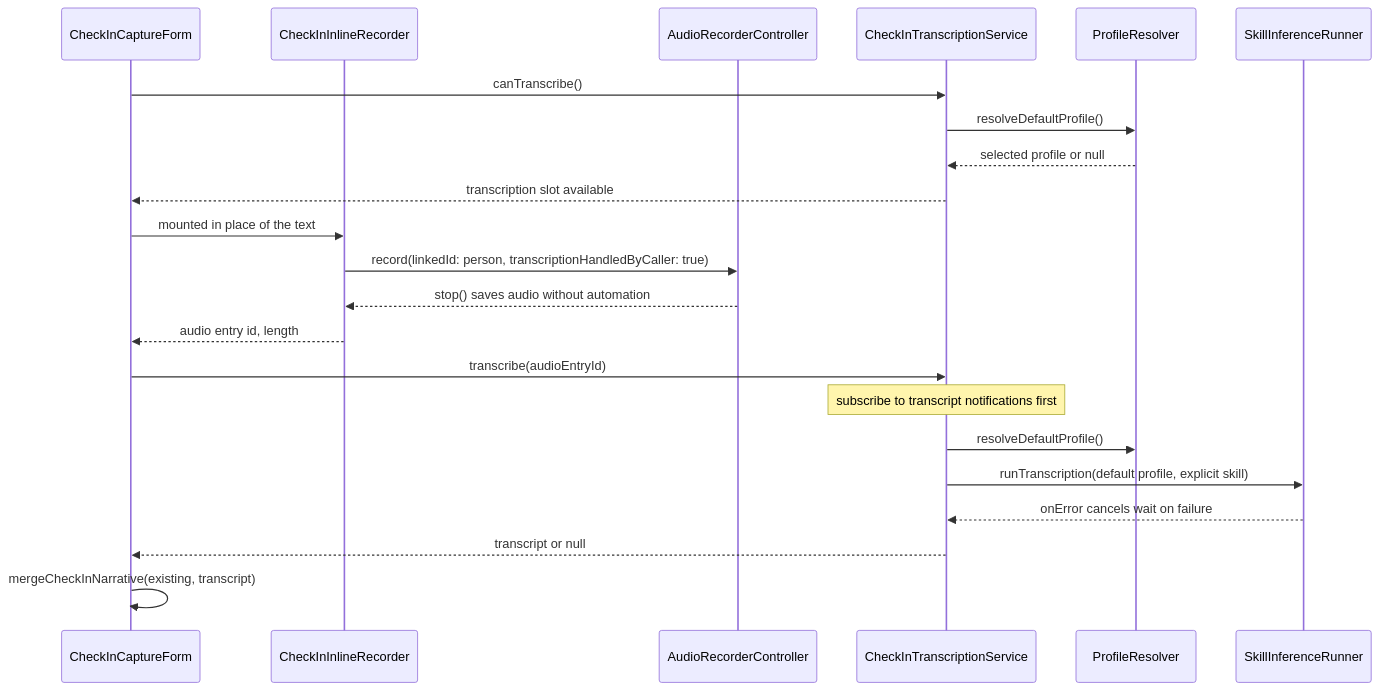
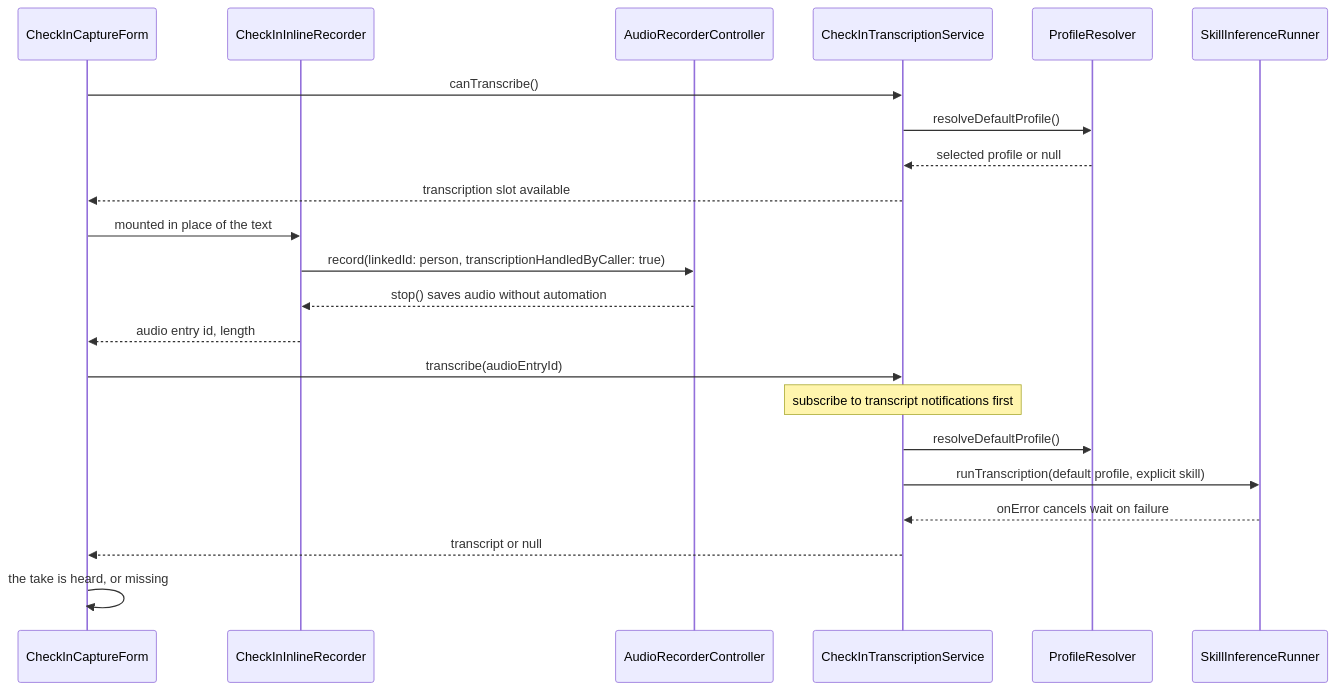
Diagram 13 of 15 in knowledge/features/relationships.md (matthiasn/lotti), drawn with Mermaid before and after one commit. The commit also changed other lines of this file and 34 other files, not shown here.

````diff
--- a/knowledge/features/relationships.md
+++ b/knowledge/features/relationships.md
@@ -1566,24 +1569,24 @@
 ```mermaid
 sequenceDiagram
   participant Sheet as CheckInCaptureForm
   participant Inline as CheckInInlineRecorder
   participant Rec as AudioRecorderController
   participant Svc as CheckInTranscriptionService
   participant Profile as ProfileResolver
   participant Runner as SkillInferenceRunner
   Sheet->>Svc: canTranscribe()
   Svc->>Profile: resolveDefaultProfile()
   Profile-->>Svc: selected profile or null
   Svc-->>Sheet: transcription slot available
   Sheet->>Inline: mounted in place of the text
   Inline->>Rec: record(linkedId: person, transcriptionHandledByCaller: true)
   Rec-->>Inline: stop() saves audio without automation
   Inline-->>Sheet: audio entry id, length
   Sheet->>Svc: transcribe(audioEntryId)
   Note over Svc: subscribe to transcript notifications first
   Svc->>Profile: resolveDefaultProfile()
   Svc->>Runner: runTranscription(default profile, explicit skill)
   Runner-->>Svc: onError cancels wait on failure
   Svc-->>Sheet: transcript or null
-  Sheet->>Sheet: mergeCheckInNarrative(existing, transcript)
+  Sheet->>Sheet: the take is heard, or missing
 ```
````
